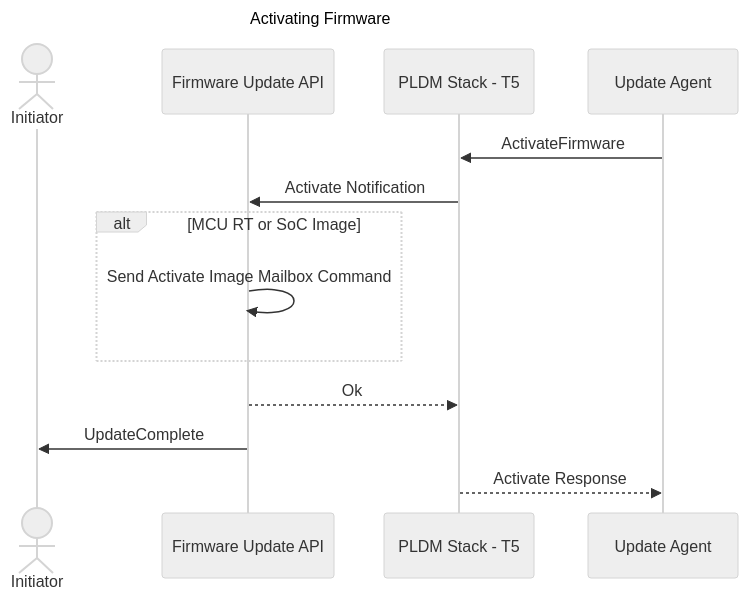
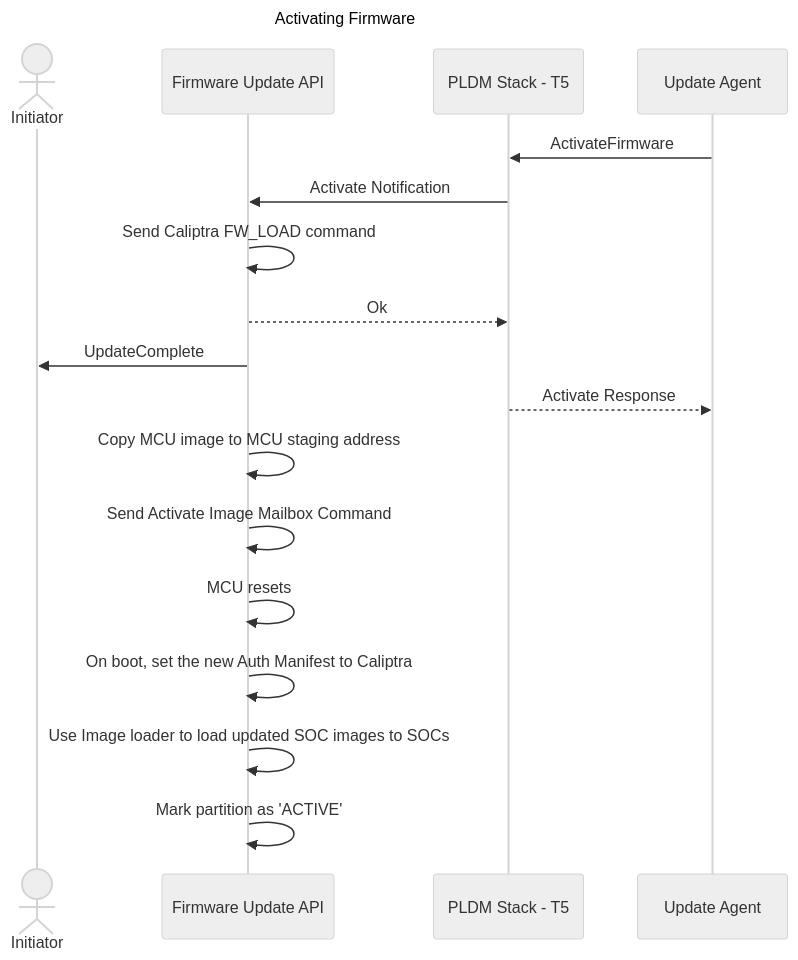
Before and after one commit to chipsalliance/caliptra-mcu-sw: the ninth of 9 diagrams in docs/src/firmware_update.md, drawn with Mermaid (neutral theme). The commit also changed other lines of this file, not shown here.

````diff
--- a/docs/src/firmware_update.md
+++ b/docs/src/firmware_update.md
@@ -196,18 +172,22 @@
 ```mermaid
 sequenceDiagram
     title Activating Firmware
 
     actor App as Initiator
     participant API as Firmware Update API
     participant Firmware as PLDM Stack - T5
     participant PLDM as Update Agent
 
     PLDM->>Firmware: ActivateFirmware
     Firmware->>API: Activate Notification
-    alt MCU RT or SoC Image
-        API->>API: Send Activate Image Mailbox Command
-    end
+    API->>API: Send Caliptra FW_LOAD command
     API-->>Firmware: Ok
     API->>App: UpdateComplete
     Firmware-->>PLDM: Activate Response
+    API->>API: Copy MCU image to MCU staging address
+    API->>API: Send Activate Image Mailbox Command
+    API->>API: MCU resets
+    API->>API: On boot, set the new Auth Manifest to Caliptra
+    API->>API: Use Image loader to load updated SOC images to SOCs
+    API->>API: Mark partition as 'ACTIVE'
 ```
````
